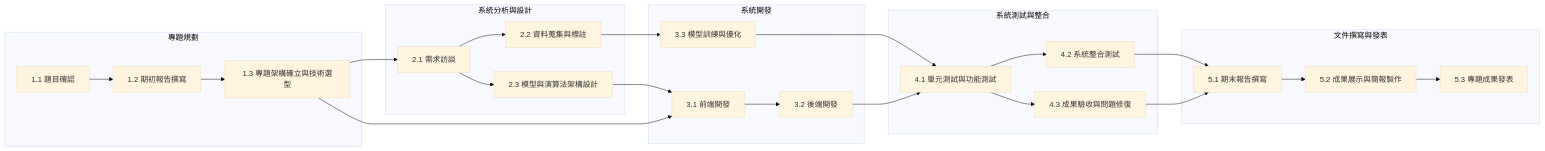
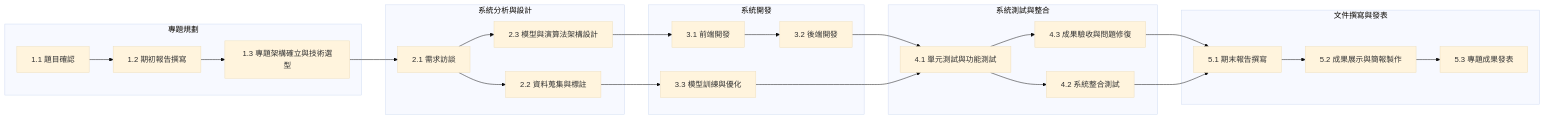
One commit to hong-wei-qi/campus-traffic-violation-identification-system changed the second of 2 diagrams in README.md. Above: the diagram before and after it, drawn with Mermaid (base theme).

````diff
--- a/README.md
+++ b/README.md
@@ -46,31 +46,30 @@
 ```mermaid
 graph LR
 
 subgraph "專題規劃"
     B[1.1 題目確認] --> C[1.2 期初報告撰寫];
     C --> D[1.3 專題架構確立與技術選型];
 end
 subgraph "系統分析與設計"
     D --> E[2.1 需求訪談];
     E --> F[2.2 資料蒐集與標註];
     E --> G[2.3 模型與演算法架構設計];
 end
 subgraph "系統開發"
     G --> H[3.1 前端開發];
-    D --> H;
     H --> I[3.2 後端開發];
     F --> J[3.3 模型訓練與優化];
 end
 subgraph "系統測試與整合"
     I --> K[4.1 單元測試與功能測試];
     J --> K;
     K --> L[4.2 系統整合測試];
     K --> M[4.3 成果驗收與問題修復];
 end
 subgraph "文件撰寫與發表"
     M --> N[5.1 期末報告撰寫];
     L --> N;
     N --> O[5.2 成果展示與簡報製作];
     O --> P[5.3 專題成果發表];
 end
 ```
````
